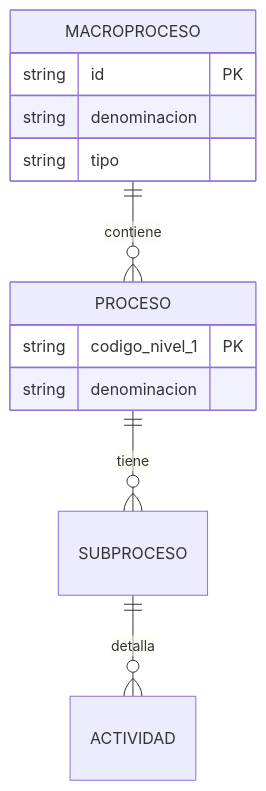
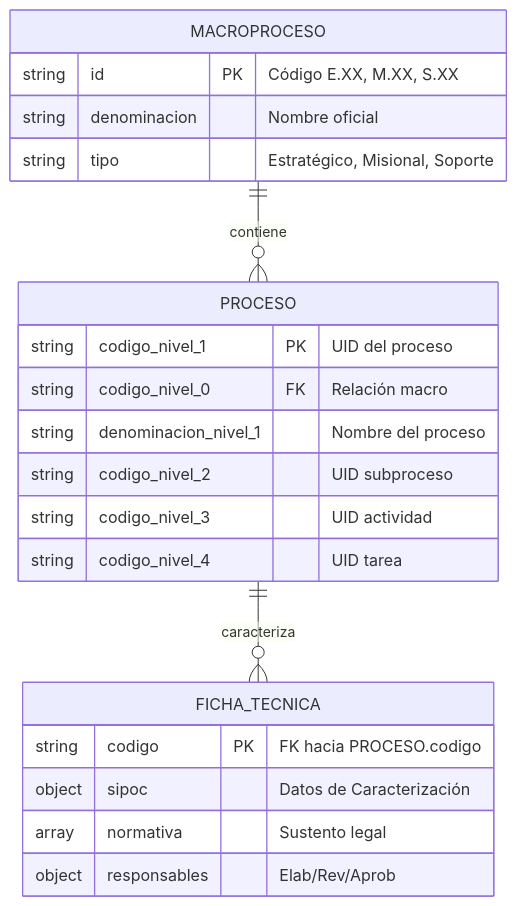
One commit to waltervasquezpina-arch/automatizacion_GxP changed the diagram in doc/03_Diccionario_Datos.md. Above: the diagram before and after it, drawn with Mermaid. The commit also changed other lines of this file and 21 other files, not shown here.

````diff
--- a/doc/03_Diccionario_Datos.md
+++ b/doc/03_Diccionario_Datos.md
@@ -30,15 +6,24 @@
 ```mermaid
 erDiagram
-    MACROPROCESO ||--o{ PROCESO : contiene
-    PROCESO ||--o{ SUBPROCESO : tiene
-    SUBPROCESO ||--o{ ACTIVIDAD : detalla
+    MACROPROCESO ||--o{ PROCESO : "contiene"
+    PROCESO ||--o{ FICHA_TECNICA : "caracteriza"
     MACROPROCESO {
-        string id PK
-        string denominacion
-        string tipo
+        string id PK "Código E.XX, M.XX, S.XX"
+        string denominacion "Nombre oficial"
+        string tipo "Estratégico, Misional, Soporte"
     }
     PROCESO {
-        string codigo_nivel_1 PK
-        string denominacion
+        string codigo_nivel_1 PK "UID del proceso"
+        string codigo_nivel_0 FK "Relación macro"
+        string denominacion_nivel_1 "Nombre del proceso"
+        string codigo_nivel_2 "UID subproceso"
+        string codigo_nivel_3 "UID actividad"
+        string codigo_nivel_4 "UID tarea"
+    }
+    FICHA_TECNICA {
+        string codigo PK "FK hacia PROCESO.codigo"
+        object sipoc "Datos de Caracterización"
+        array normativa "Sustento legal"
+        object responsables "Elab/Rev/Aprob"
     }
 ```
````
